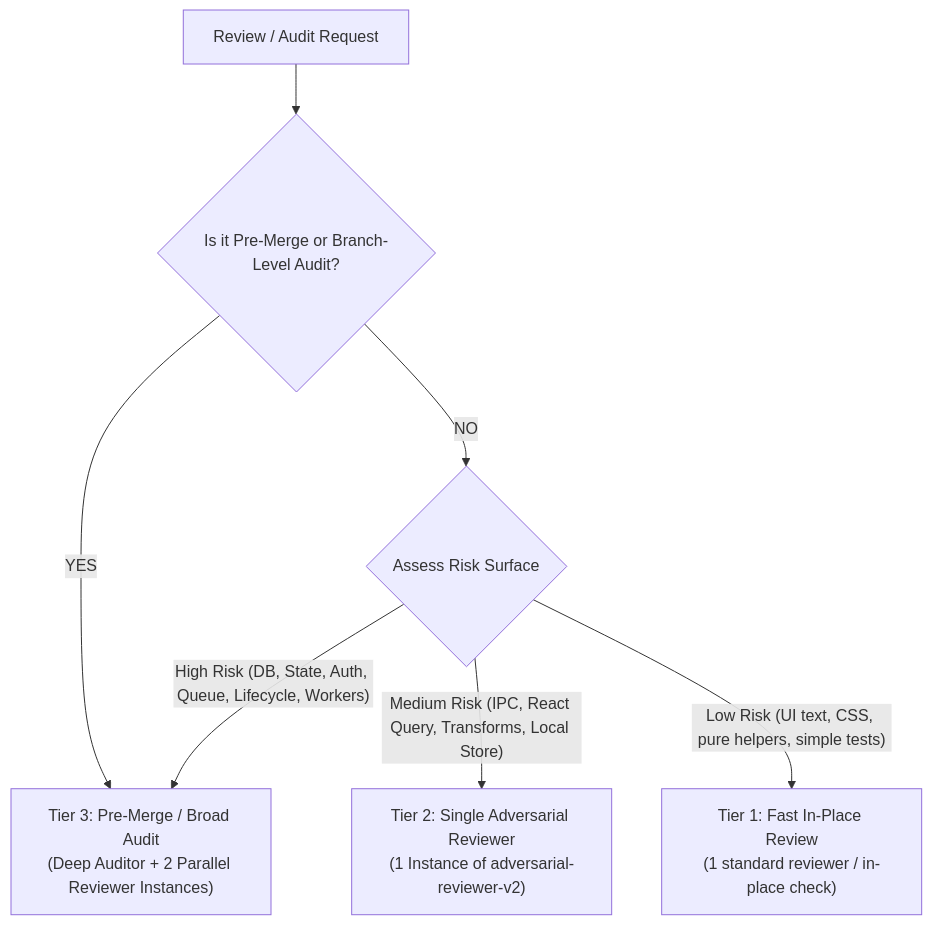
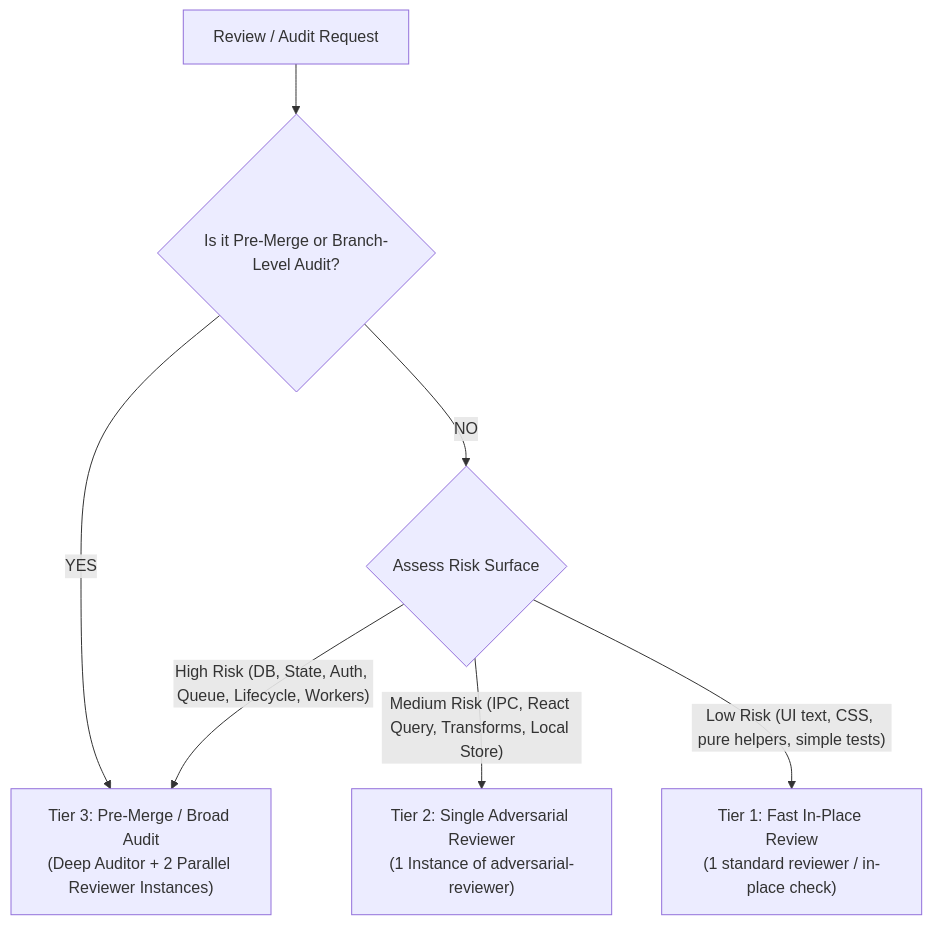
The diagram in .agents/rules/audit-review.md (vnyvk2/Sita), drawn with Mermaid before and after one commit. The commit also changed other lines of this file and 5 other files, not shown here.

````diff
--- a/.agents/rules/audit-review.md
+++ b/.agents/rules/audit-review.md
@@ -11,11 +11,11 @@
 ```mermaid
 flowchart TD
     Req["Review / Audit Request"] --> IsBranch{"Is it Pre-Merge or Branch-Level Audit?"}
     
     IsBranch -- "YES" --> Tier3["Tier 3: Pre-Merge / Broad Audit<br/>(Deep Auditor + 2 Parallel Reviewer Instances)"]
     IsBranch -- "NO" --> RiskLevel{"Assess Risk Surface"}
     
     RiskLevel -- "High Risk (DB, State, Auth, Queue, Lifecycle, Workers)" --> Tier3
-    RiskLevel -- "Medium Risk (IPC, React Query, Transforms, Local Store)" --> Tier2["Tier 2: Single Adversarial Reviewer<br/>(1 Instance of adversarial-reviewer-v2)"]
+    RiskLevel -- "Medium Risk (IPC, React Query, Transforms, Local Store)" --> Tier2["Tier 2: Single Adversarial Reviewer<br/>(1 Instance of adversarial-reviewer)"]
     RiskLevel -- "Low Risk (UI text, CSS, pure helpers, simple tests)" --> Tier1["Tier 1: Fast In-Place Review<br/>(1 standard reviewer / in-place check)"]
 ```
````
